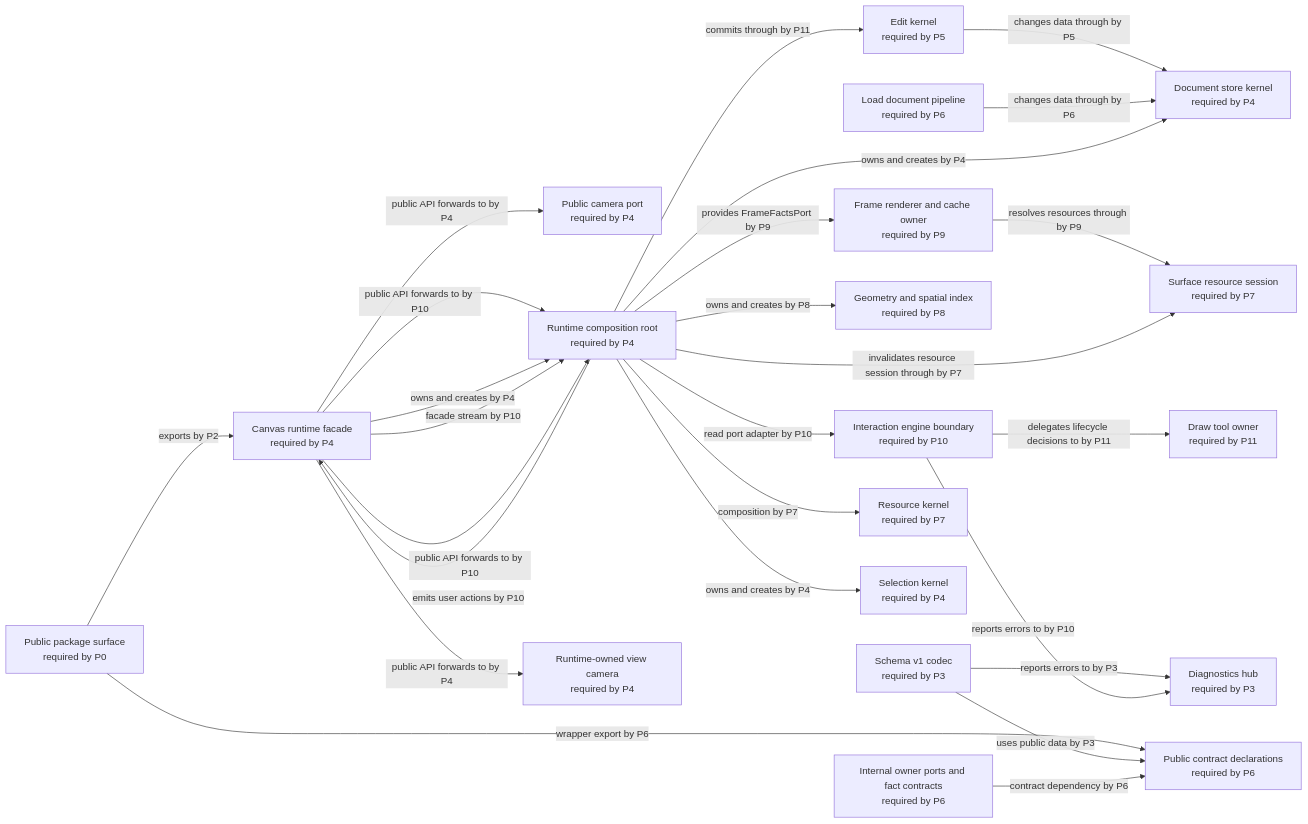
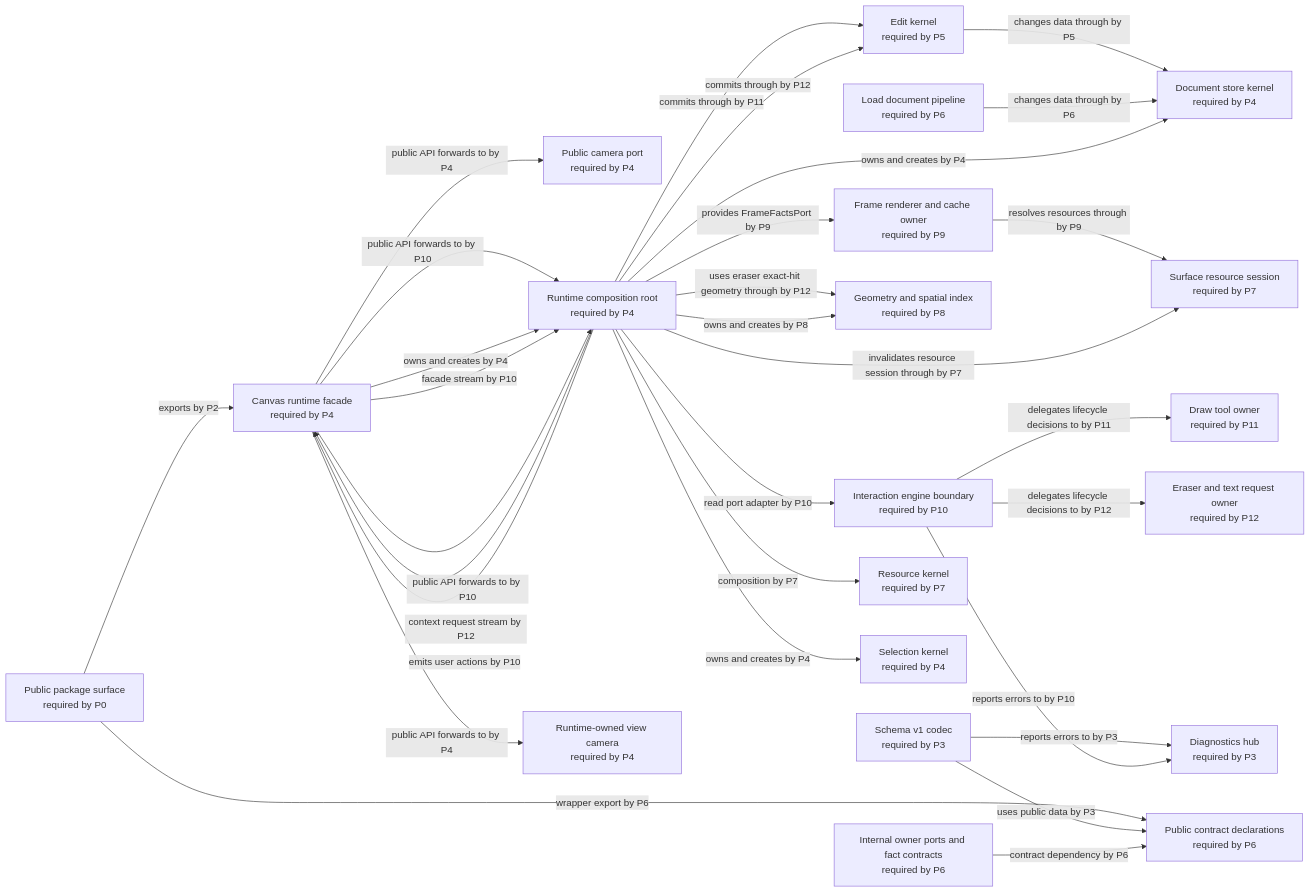
One commit to GreatPika/iwb_canvas_engine changed the diagram in docs/diagrams/generated/current_phase.mmd. Above: the diagram before and after it, drawn with Mermaid. The commit also changed 17 other files, not shown here.

First line of the commit message:
docs(architecture): close p12 graph and proof inventory

```diff
--- a/docs/diagrams/generated/current_phase.mmd
+++ b/docs/diagrams/generated/current_phase.mmd
@@ -1,49 +1,54 @@
 %% GENERATED FILE. Do not edit by hand.
 %% Source: docs/architecture/architecture_graph.yaml
 %% View: Selected phase architecture graph
-%% Selected phase: P11
+%% Selected phase: P12
 flowchart LR
   api_camera_port["Public camera port<br/>required by P4"]
   api_canvas_runtime["Canvas runtime facade<br/>required by P4"]
   api_public_surface["Public package surface<br/>required by P0"]
   codec_schema_v1["Schema v1 codec<br/>required by P3"]
   contracts_internal_ports["Internal owner ports and fact contracts<br/>required by P6"]
   contracts_public["Public contract declarations<br/>required by P6"]
   diagnostics_hub["Diagnostics hub<br/>required by P3"]
   draw_tools["Draw tool owner<br/>required by P11"]
   edit_kernel["Edit kernel<br/>required by P5"]
+  eraser_text_request["Eraser and text request owner<br/>required by P12"]
   frame_renderer["Frame renderer and cache owner<br/>required by P9"]
   geometry_spatial_index["Geometry and spatial index<br/>required by P8"]
   interaction_engine["Interaction engine boundary<br/>required by P10"]
   load_document_pipeline["Load document pipeline<br/>required by P6"]
   resource_kernel["Resource kernel<br/>required by P7"]
   resource_surface_session["Surface resource session<br/>required by P7"]
   runtime_root["Runtime composition root<br/>required by P4"]
   runtime_view_camera["Runtime-owned view camera<br/>required by P4"]
   selection_kernel["Selection kernel<br/>required by P4"]
   store_document_kernel["Document store kernel<br/>required by P4"]
   api_canvas_runtime -->|public API forwards to by P4| runtime_view_camera
   api_canvas_runtime -->|public API forwards to by P10| runtime_root
   api_canvas_runtime -->|owns and creates by P4| runtime_root
   api_canvas_runtime -->|facade stream by P10| runtime_root
   api_canvas_runtime -->|public API forwards to by P4| api_camera_port
   api_canvas_runtime -->|public API forwards to by P10| runtime_root
   api_public_surface -->|exports by P2| api_canvas_runtime
   api_public_surface -->|wrapper export by P6| contracts_public
   codec_schema_v1 -->|reports errors to by P3| diagnostics_hub
   codec_schema_v1 -->|uses public data by P3| contracts_public
   contracts_internal_ports -->|contract dependency by P6| contracts_public
   runtime_root -->|commits through by P11| edit_kernel
   interaction_engine -->|delegates lifecycle decisions to by P11| draw_tools
   edit_kernel -->|changes data through by P5| store_document_kernel
+  runtime_root -->|commits through by P12| edit_kernel
+  interaction_engine -->|delegates lifecycle decisions to by P12| eraser_text_request
+  runtime_root -->|context request stream by P12| api_canvas_runtime
+  runtime_root -->|uses eraser exact-hit geometry through by P12| geometry_spatial_index
   frame_renderer -->|resolves resources through by P9| resource_surface_session
   interaction_engine -->|reports errors to by P10| diagnostics_hub
   load_document_pipeline -->|changes data through by P6| store_document_kernel
   runtime_root -->|owns and creates by P8| geometry_spatial_index
   runtime_root -->|provides FrameFactsPort by P9| frame_renderer
   runtime_root -->|emits user actions by P10| api_canvas_runtime
   runtime_root -->|invalidates resource session through by P7| resource_surface_session
   runtime_root -->|composition by P7| resource_kernel
   runtime_root -->|owns and creates by P4| selection_kernel
   runtime_root -->|owns and creates by P4| store_document_kernel
   runtime_root -->|read port adapter by P10| interaction_engine
```
